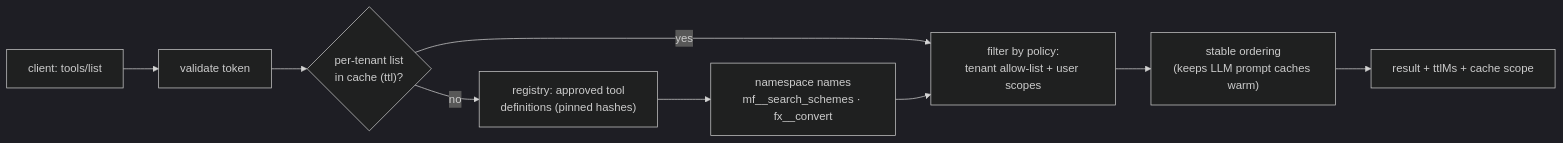
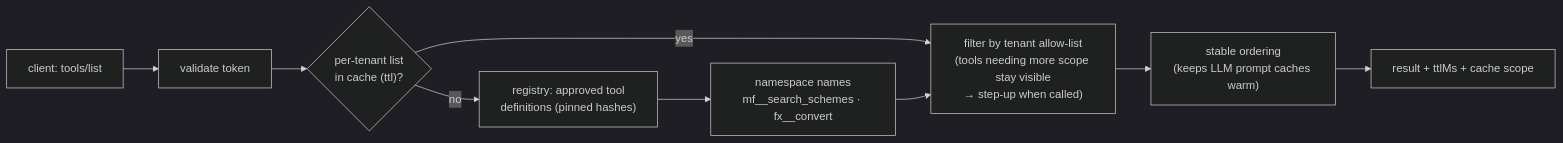
The seventh of 10 diagrams in projects/02-mcp-hub/docs/02-architecture.md (pRiMeXoMeGa/AI-Learning-Projects), drawn with Mermaid (dark theme) before and after one commit. The commit also changed 31 other files, not shown here.

````diff
--- a/projects/02-mcp-hub/docs/02-architecture.md
+++ b/projects/02-mcp-hub/docs/02-architecture.md
@@ -238,11 +238,11 @@
 ```mermaid
 flowchart LR
     C["client: tools/list"] --> AUTH["validate token"]
     AUTH --> CACHE{"per-tenant list<br/>in cache (ttl)?"}
     CACHE -- yes --> F
     CACHE -- no --> REG["registry: approved tool<br/>definitions (pinned hashes)"]
     REG --> NS["namespace names<br/>mf__search_schemes · fx__convert"]
-    NS --> F["filter by policy:<br/>tenant allow-list + user scopes"]
+    NS --> F["filter by tenant allow-list<br/>(tools needing more scope stay visible<br/>→ step-up when called)"]
     F --> ORD["stable ordering<br/>(keeps LLM prompt caches warm)"]
     ORD --> OUT["result + ttlMs + cache scope"]
 ```
````
